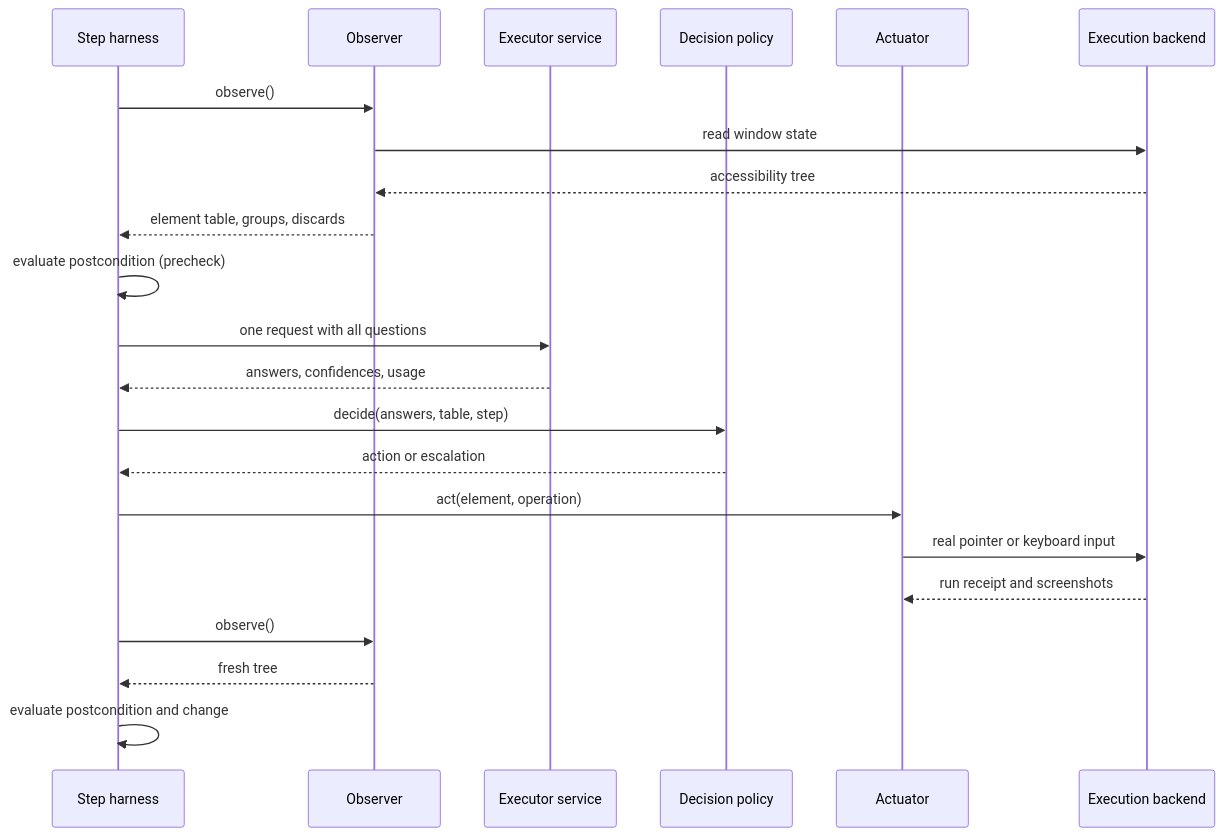
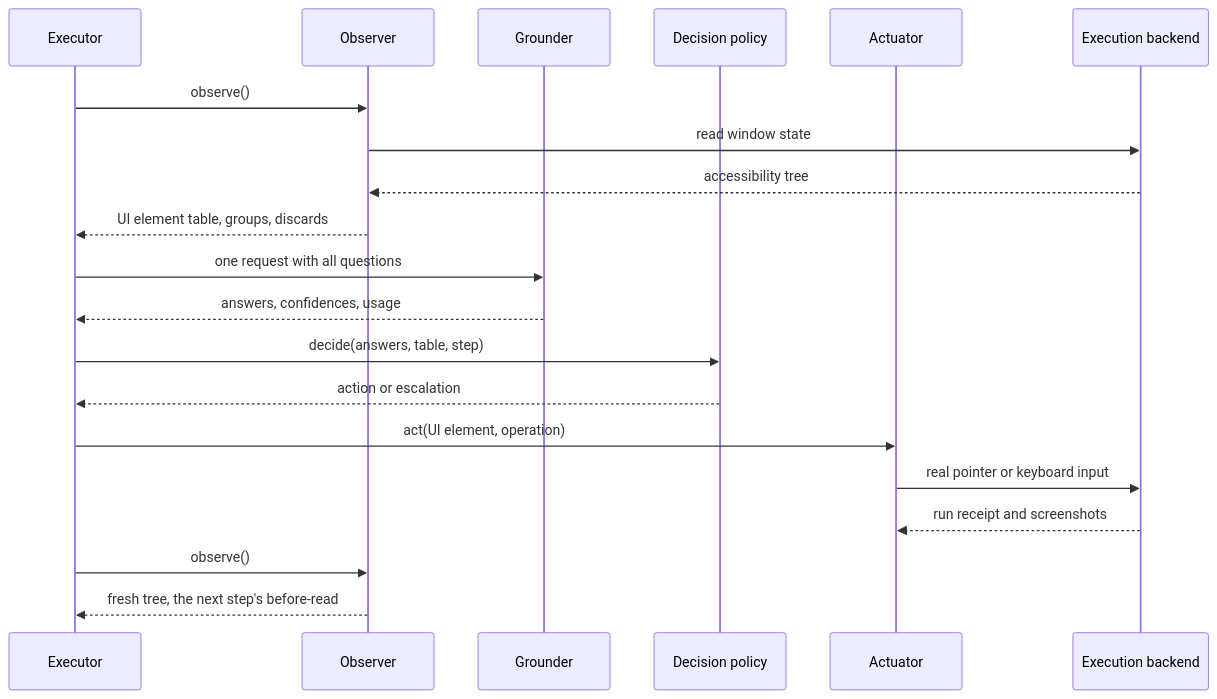
Before and after one commit to WeZZard/pi-secretary: the third of 3 diagrams in docs/arch/computer-use.md, drawn with Mermaid. The commit also changed other lines of this file and 86 other files, not shown here.

````diff
--- a/docs/arch/computer-use.md
+++ b/docs/arch/computer-use.md
@@ -589,24 +651,22 @@
 ```mermaid
 sequenceDiagram
-    participant H as Step harness
+    participant X as Executor
     participant O as Observer
-    participant E as Executor service
+    participant G as Grounder
     participant P as Decision policy
     participant A as Actuator
     participant B as Execution backend
-    H->>O: observe()
+    X->>O: observe()
     O->>B: read window state
     B-->>O: accessibility tree
-    O-->>H: element table, groups, discards
-    H->>H: evaluate postcondition (precheck)
-    H->>E: one request with all questions
-    E-->>H: answers, confidences, usage
-    H->>P: decide(answers, table, step)
-    P-->>H: action or escalation
-    H->>A: act(element, operation)
+    O-->>X: UI element table, groups, discards
+    X->>G: one request with all questions
+    G-->>X: answers, confidences, usage
+    X->>P: decide(answers, table, step)
+    P-->>X: action or escalation
+    X->>A: act(UI element, operation)
     A->>B: real pointer or keyboard input
     B-->>A: run receipt and screenshots
-    H->>O: observe()
-    O-->>H: fresh tree
-    H->>H: evaluate postcondition and change
+    X->>O: observe()
+    O-->>X: fresh tree, the next step's before-read
 ```
````
